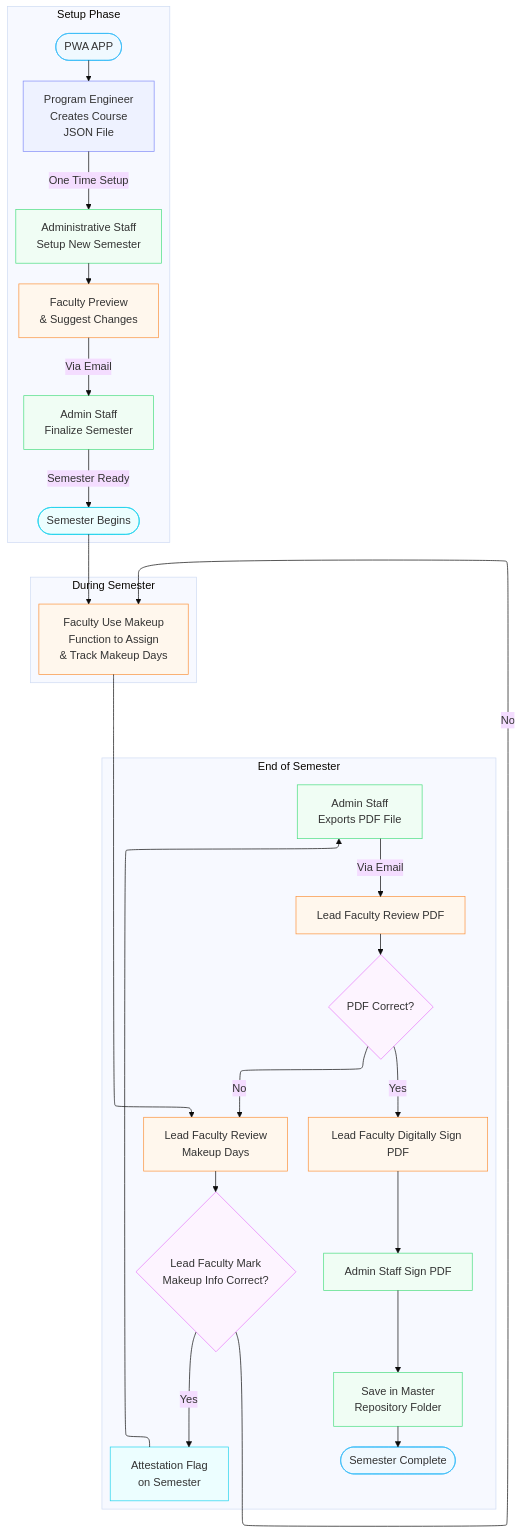
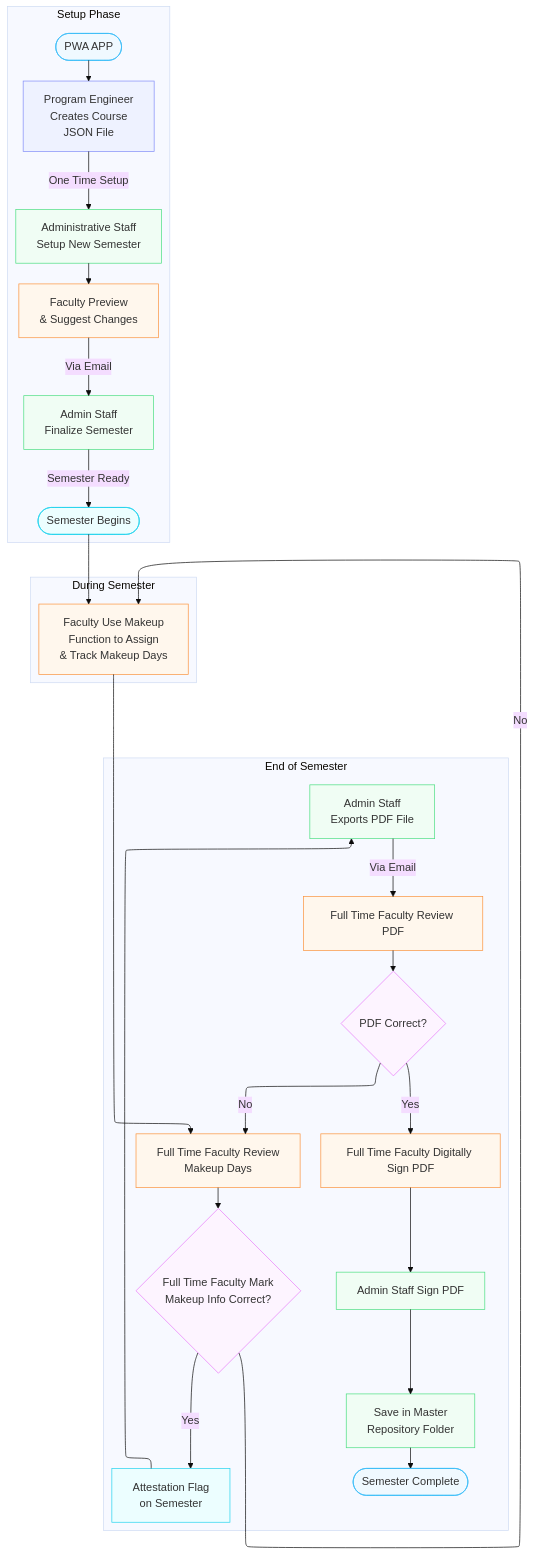
One commit to Prof-Parker/Clinical-and-Simulation-Management changed the diagram in docs/audit_tracking_workflow.md. Above: the diagram before and after it, drawn with Mermaid (base theme). The commit also changed other lines of this file and 20 other files, not shown here.

````diff
--- a/docs/audit_tracking_workflow.md
+++ b/docs/audit_tracking_workflow.md
@@ -9,47 +9,47 @@
 ```mermaid
 ---
 config:
   layout: elk
 ---
 flowchart TB
     subgraph Setup_Phase["Setup Phase"]
         direction TB
         A1(["PWA APP"]):::endpoint --> A2["Program Engineer<br>Creates Course<br>JSON File"]:::engineer
         A2 -- One Time Setup --> A3["Administrative Staff<br>Setup New Semester"]:::admin
         A3 --> A4["Faculty Preview<br>&amp; Suggest Changes"]:::faculty
         A4 -- Via Email --> A5["Admin Staff<br>Finalize Semester"]:::admin
         A5 -- Semester Ready --> A6(["Semester Begins"]):::process
     end
 
     subgraph During_Semester["During Semester"]
         direction TB
         B1["Faculty Use Makeup<br>Function to Assign<br>&amp; Track Makeup Days"]:::faculty
         A6 --> B1
     end
 
     subgraph End_of_Semester["End of Semester"]
         direction TB
-        C1["Lead Faculty Review<br>Makeup Days"]:::faculty
+        C1["Full Time Faculty Review<br>Makeup Days"]:::faculty
         B1 --> C1
-        C2{"Lead Faculty Mark<br>Makeup Info Correct?"}:::decision
+        C2{"Full Time Faculty Mark<br>Makeup Info Correct?"}:::decision
         C1 --> C2
         C2 -- No --> B1
         C2 -- Yes --> C3["Attestation Flag<br>on Semester"]:::process
         C3 --> C4["Admin Staff<br>Exports PDF File"]:::admin
-        C4 -- Via Email --> C5["Lead Faculty Review PDF"]:::faculty
+        C4 -- Via Email --> C5["Full Time Faculty Review PDF"]:::faculty
         C6{"PDF Correct?"}:::decision
         C5 --> C6
         C6 -- No --> C1
-        C6 -- Yes --> C7["Lead Faculty Digitally Sign PDF"]:::faculty
+        C6 -- Yes --> C7["Full Time Faculty Digitally Sign PDF"]:::faculty
         C7 --> C8["Admin Staff Sign PDF"]:::admin
         C8 --> C9["Save in Master<br>Repository Folder"]:::admin
         C9 --> C10(["Semester Complete"]):::endpoint
     end
 
     classDef engineer fill:#eef2ff,stroke:#818cf8
     classDef admin fill:#f0fdf4,stroke:#4ade80
     classDef faculty fill:#fff7ed,stroke:#fb923c
     classDef process fill:#ecfeff,stroke:#22d3ee
     classDef decision fill:#fdf4ff,stroke:#e879f9
     classDef endpoint fill:#f0f9ff,stroke:#38bdf8
 ```
````
